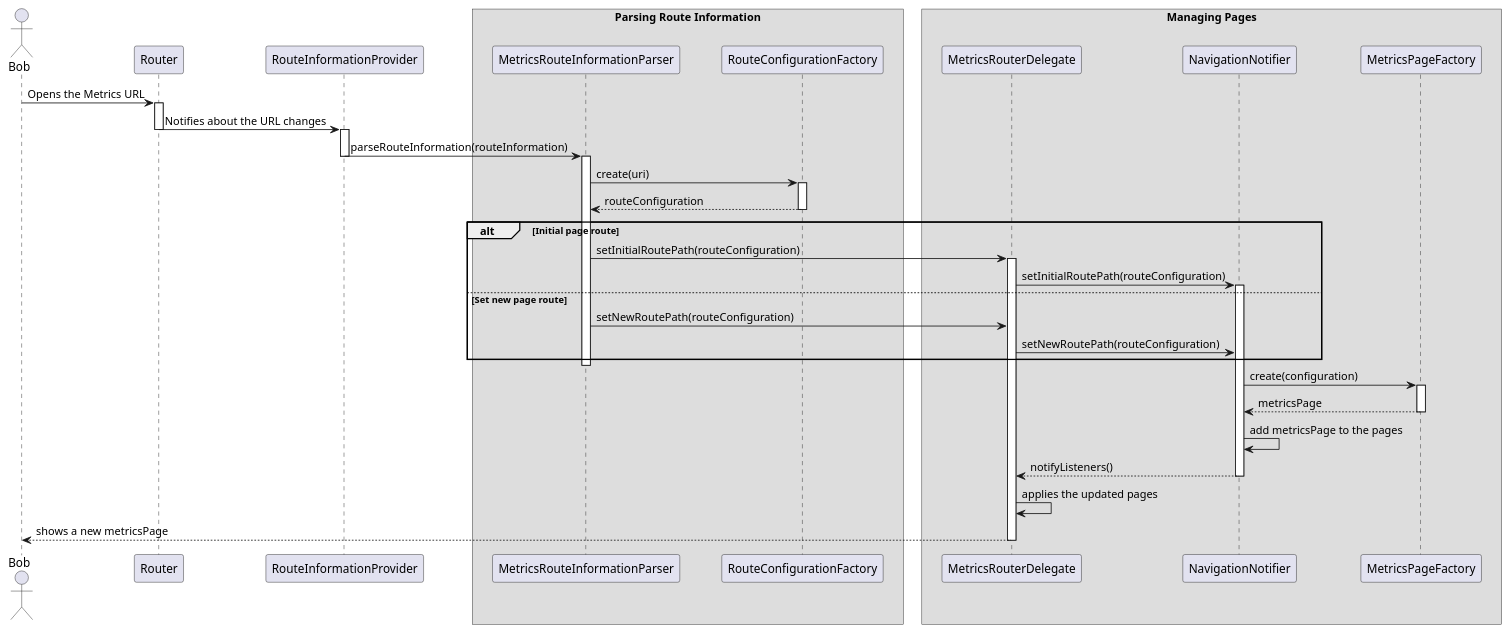
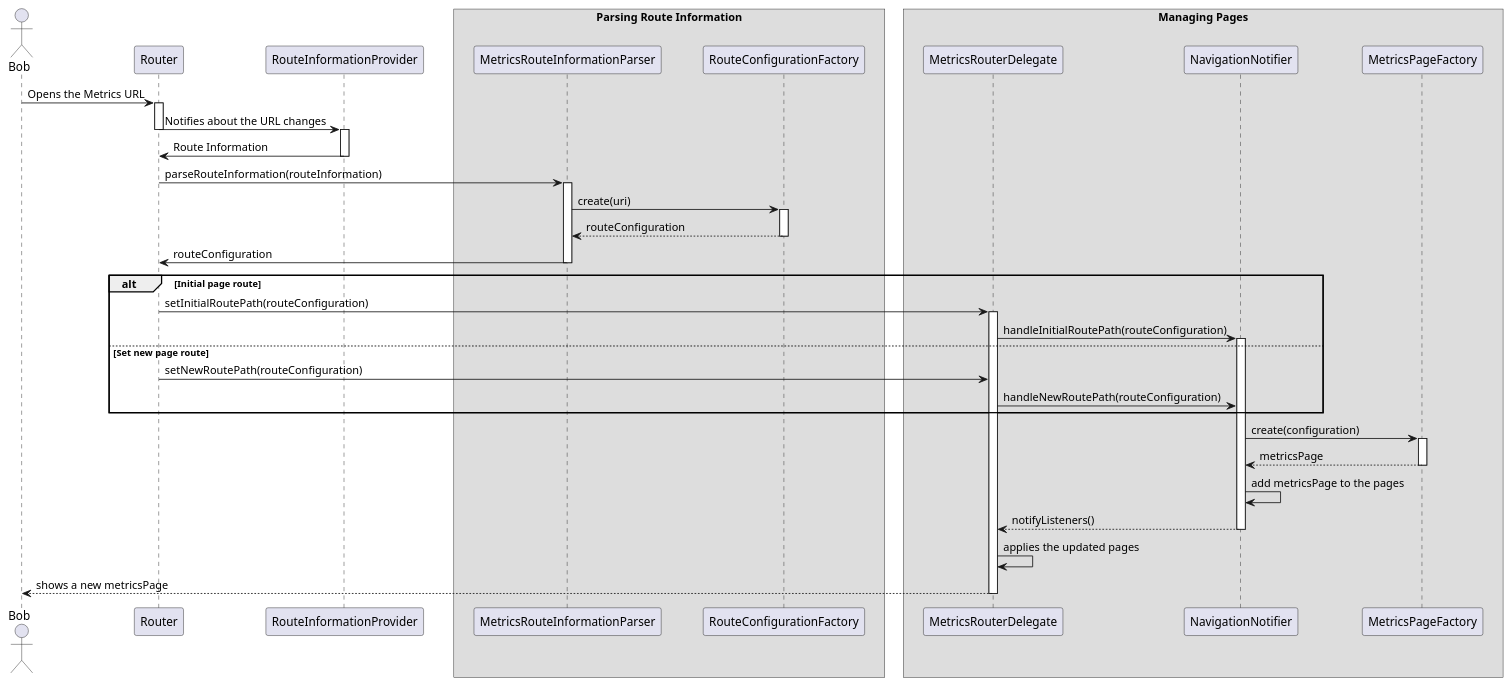
One commit to Flank/flank-dashboard changed the diagram in metrics/web/docs/features/navigation/diagrams/external_navigation_sequence_diagram.puml. Above: the diagram before and after it, drawn with PlantUML. The commit also changed 3 other files, not shown here.

```diff
--- a/metrics/web/docs/features/navigation/diagrams/external_navigation_sequence_diagram.puml
+++ b/metrics/web/docs/features/navigation/diagrams/external_navigation_sequence_diagram.puml
@@ -1,65 +1,70 @@
 @startuml external_navigation_sequence_diagram.puml
 skinparam ParticipantPadding 20
 skinparam BoxPadding 10
 
 actor Bob
 
 participant Router
 participant RouteInformationProvider
 
 box Parsing Route Information
 participant MetricsRouteInformationParser
 participant RouteConfigurationFactory
 endbox
 
 box Managing Pages
 participant MetricsRouterDelegate
 participant NavigationNotifier
 participant MetricsPageFactory
 endbox
 
 Bob -> Router : Opens the Metrics URL
 activate Router
 
 Router -> RouteInformationProvider : Notifies about the URL changes
 deactivate Router
 activate RouteInformationProvider
 
-RouteInformationProvider -> MetricsRouteInformationParser : parseRouteInformation(routeInformation)
+RouteInformationProvider -> Router : Route Information
 deactivate RouteInformationProvider
+
+Router -> MetricsRouteInformationParser : parseRouteInformation(routeInformation)
 activate MetricsRouteInformationParser
 
 MetricsRouteInformationParser -> RouteConfigurationFactory : create(uri)
 activate RouteConfigurationFactory
 
 return routeConfiguration
 
+MetricsRouteInformationParser -> Router : routeConfiguration
+deactivate MetricsRouteInformationParser
+
 alt Initial page route
-    MetricsRouteInformationParser -> MetricsRouterDelegate : setInitialRoutePath(routeConfiguration)
+    Router -> MetricsRouterDelegate : setInitialRoutePath(routeConfiguration)
     activate MetricsRouterDelegate
 
-    MetricsRouterDelegate -> NavigationNotifier : setInitialRoutePath(routeConfiguration)
+    MetricsRouterDelegate -> NavigationNotifier : handleInitialRoutePath(routeConfiguration)
     activate NavigationNotifier
 else Set new page route
-    MetricsRouteInformationParser -> MetricsRouterDelegate : setNewRoutePath(routeConfiguration)
+    Router -> MetricsRouterDelegate : setNewRoutePath(routeConfiguration)
 
-    MetricsRouterDelegate -> NavigationNotifier : setNewRoutePath(routeConfiguration)
+    MetricsRouterDelegate -> NavigationNotifier : handleNewRoutePath(routeConfiguration)
 end
-deactivate MetricsRouteInformationParser
+
 
 NavigationNotifier -> MetricsPageFactory : create(configuration)
 activate MetricsPageFactory
 
 return metricsPage
 
 NavigationNotifier -> NavigationNotifier : add metricsPage to the pages
 
 NavigationNotifier --> MetricsRouterDelegate: notifyListeners()
 deactivate NavigationNotifier
 
 MetricsRouterDelegate -> MetricsRouterDelegate: applies the updated pages
 
 MetricsRouterDelegate --> Bob : shows a new metricsPage
 deactivate MetricsRouterDelegate
 
 @enduml
```
